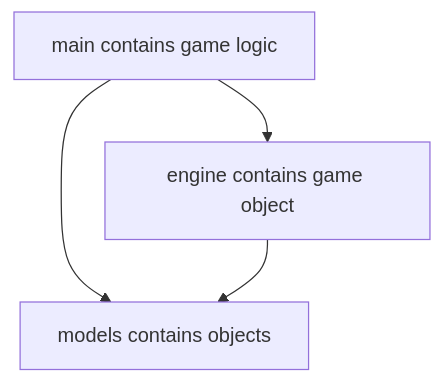
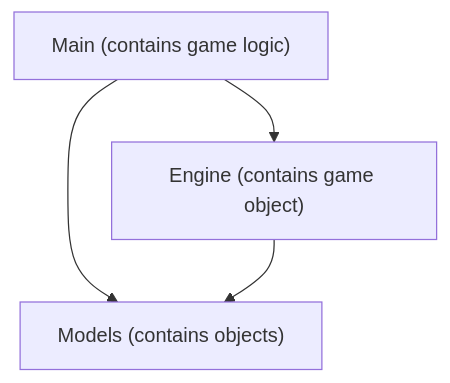
One commit to JesseHantula/JokerPoker changed the diagram in documentation/architecture.md. Above: the diagram before and after it, drawn with Mermaid.

Commit message:
documentation update

````diff
--- a/documentation/architecture.md
+++ b/documentation/architecture.md
@@ -1,9 +1,9 @@
 ```mermaid
 graph TD
-    A[main] --> B[engine]
-    A --> C[models]
+    A[Main] --> B[Engine]
+    A --> C[Models]
     B --> C
-    C["models contains objects"]
-    B["engine contains game object"]
-    A["main contains game logic"]
+    C["Models (contains objects)"]
+    B["Engine (contains game object)"]
+    A["Main (contains game logic)"]
 ```
````
